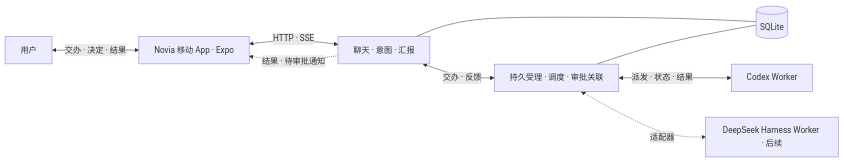
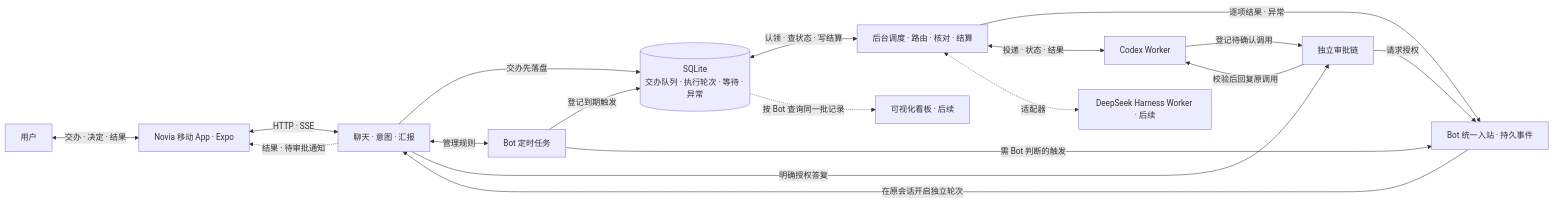
Before and after one commit to hoholidayx/Aion: the diagram in docs/assistant-worker-dispatch-prd.md, drawn with Mermaid. The commit also changed other lines of this file, not shown here.

Commit message:
docs: restore Novia product requirements and board state

````diff
--- a/docs/assistant-worker-dispatch-prd.md
+++ b/docs/assistant-worker-dispatch-prd.md
@@ -62,18 +64,31 @@
 ```mermaid
 flowchart LR
     User["用户"]
     App["Novia 移动 App · Expo"]
     Chat["聊天 · 意图 · 汇报"]
-    Dispatch["持久受理 · 调度 · 审批关联"]
-    Store[("SQLite")]
+    Dispatch["后台调度 · 路由 · 核对 · 结算"]
+    Store[("SQLite<br/>交办队列 · 执行轮次 · 等待 · 异常")]
+    Inbox["Bot 统一入站 · 持久事件"]
+    Approval["独立审批链"]
+    Schedules["Bot 定时任务"]
+    Board["可视化看板 · 后续"]
     Codex["Codex Worker"]
     Harness["DeepSeek Harness Worker · 后续"]
     User <-->|交办 · 决定 · 结果| App
     App <-->|HTTP · SSE| Chat
     Chat -.->|结果 · 待审批通知| App
-    Chat <-->|交办 · 反馈| Dispatch
-    Chat --- Store
-    Dispatch --- Store
-    Dispatch <-->|派发 · 状态 · 结果| Codex
+    Chat -->|交办先落盘| Store
+    Store <-->|认领 · 查状态 · 写结算| Dispatch
+    Dispatch -->|逐项结果 · 异常| Inbox
+    Inbox -->|在原会话开启独立轮次| Chat
+    Chat <-->|管理规则| Schedules
+    Schedules -->|登记到期触发| Store
+    Schedules -->|需 Bot 判断的触发| Inbox
+    Codex -->|登记待确认调用| Approval
+    Approval -->|请求授权| Inbox
+    Chat -->|明确授权答复| Approval
+    Approval -->|校验后回复原调用| Codex
+    Dispatch <-->|投递 · 状态 · 结果| Codex
+    Store -.->|按 Bot 查询同一批记录| Board
     Dispatch <-.->|适配器| Harness
 ```
````
